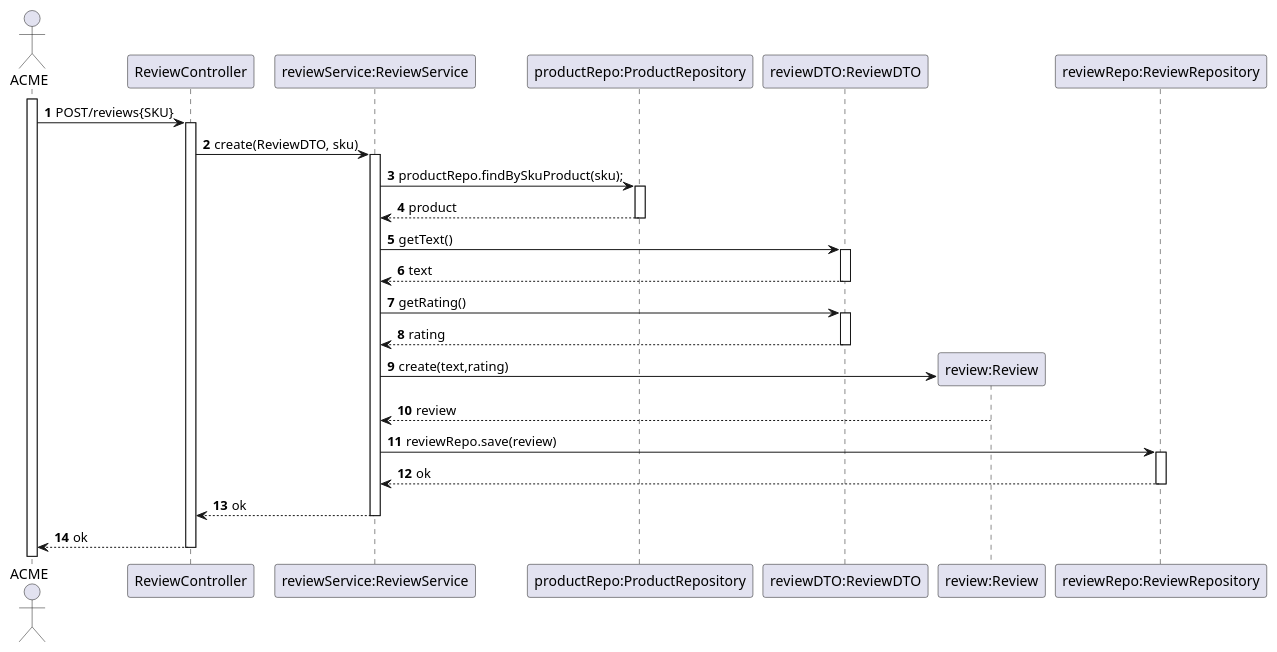
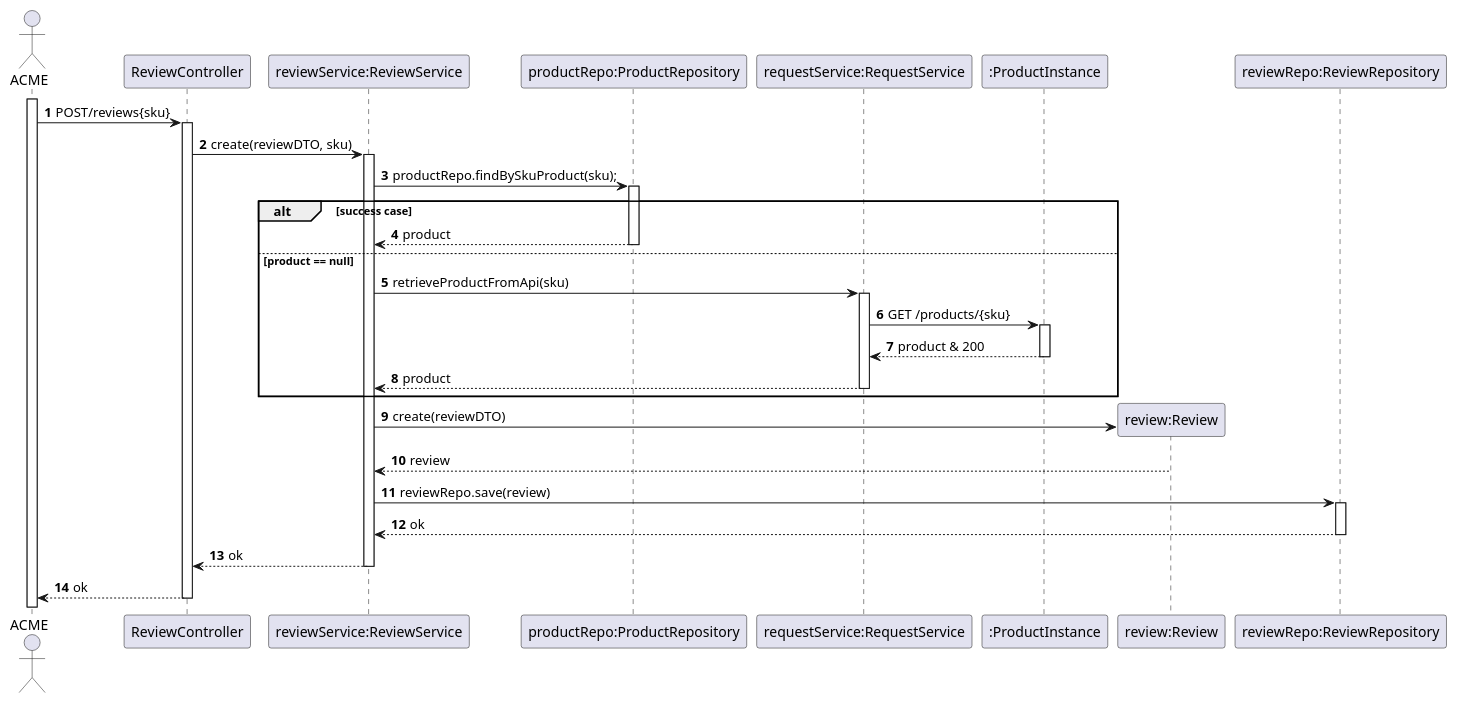
Before and after one commit to TiagoNora/SIDIS-Docs: the diagram in Docs/US04-SD.puml, drawn with PlantUML. The commit also changed 3 other files, not shown here.

```diff
--- a/Docs/US04-SD.puml
+++ b/Docs/US04-SD.puml
@@ -1,33 +1,37 @@
 @startuml
 'https://plantuml.com/sequence-diagram
 
 autoactivate on
 autonumber
 
 actor "ACME" as User
 participant "ReviewController" as Ctrl
 participant "reviewService:ReviewService" as Svc
 participant "productRepo:ProductRepository" as repository
-participant "reviewDTO:ReviewDTO" as reviewDTO
+participant "requestService:RequestService" as request
+participant ":ProductInstance" as instance
 participant "review:Review" as review
 participant "reviewRepo:ReviewRepository" as Repo
 
 activate User
 
-User -> Ctrl : POST/reviews{SKU}
+User -> Ctrl : POST/reviews{sku}
 
-Ctrl -> Svc : create(ReviewDTO, sku)
+Ctrl -> Svc : create(reviewDTO, sku)
 Svc -> repository : productRepo.findBySkuProduct(sku);
+alt success case
 repository --> Svc : product
-Svc -> reviewDTO : getText()
-reviewDTO --> Svc : text
-Svc -> reviewDTO : getRating()
-reviewDTO --> Svc : rating
-Svc -> review** : create(text,rating)
+else product == null
+Svc -> request:retrieveProductFromApi(sku)
+request -> instance: GET /products/{sku}
+instance --> request: product & 200
+request --> Svc: product
+end
+Svc -> review** : create(reviewDTO)
 review --> Svc :  review
 Svc -> Repo : reviewRepo.save(review)
 Repo --> Svc : ok
 Svc --> Ctrl : ok
 Ctrl --> User : ok
 
 @enduml
```
